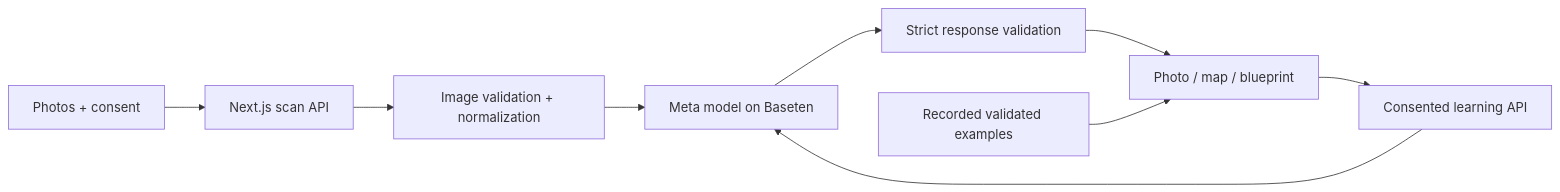
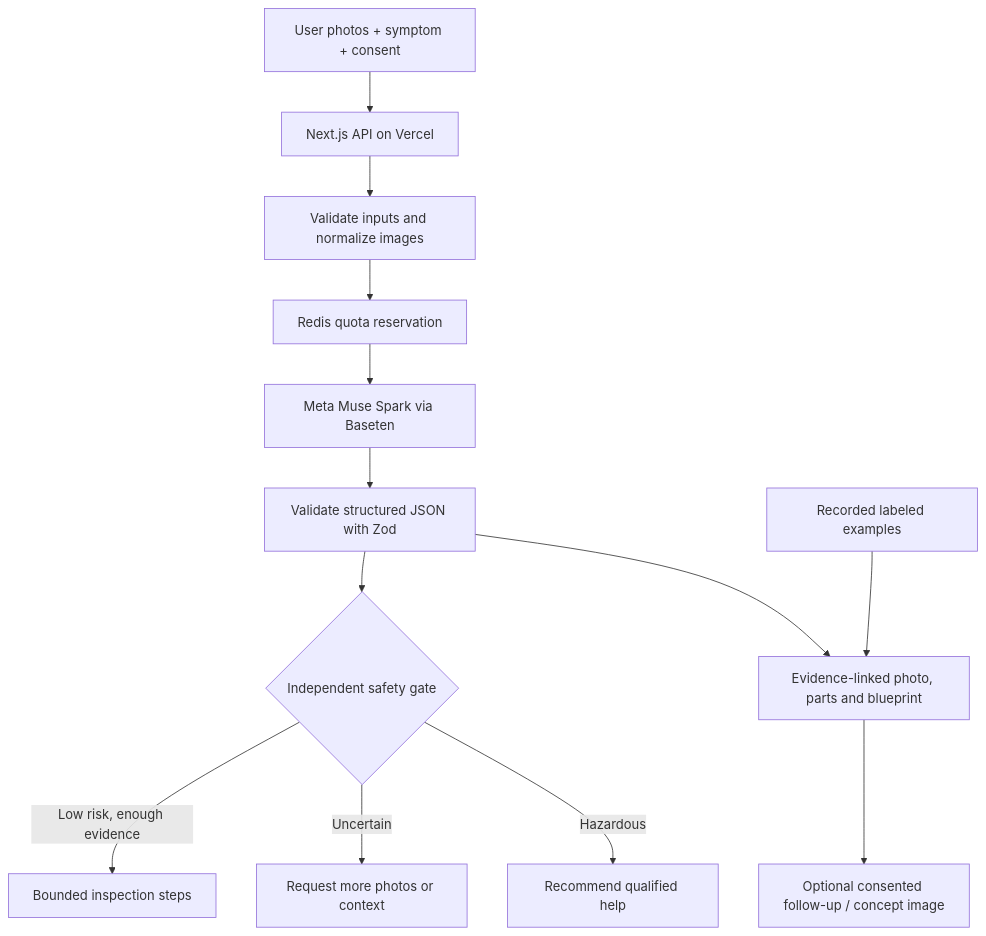
Before and after one commit to sameerahmad86232/Realitylab: the diagram in README.md, drawn with Mermaid. The commit also changed other lines of this file and 6 other files, not shown here.

````diff
--- a/README.md
+++ b/README.md
@@ -45,11 +44,15 @@
 ```mermaid
-flowchart LR
- A[Photos + consent] --> B[Next.js scan API]
- B --> C[Image validation + normalization]
- C --> D[Meta model on Baseten]
- D --> E[Strict response validation]
- E --> F[Photo / map / blueprint]
- F --> G[Consented learning API]
- G --> D
- H[Recorded validated examples] --> F
+flowchart TD
+  A[User photos + symptom + consent] --> B[Next.js API on Vercel]
+  B --> C[Validate inputs and normalize images]
+  C --> D[Redis quota reservation]
+  D --> E[Meta Muse Spark via Baseten]
+  E --> F[Validate structured JSON with Zod]
+  F --> G{Independent safety gate}
+  G -->|Low risk, enough evidence| H[Bounded inspection steps]
+  G -->|Uncertain| I[Request more photos or context]
+  G -->|Hazardous| J[Recommend qualified help]
+  F --> K[Evidence-linked photo, parts and blueprint]
+  K --> L[Optional consented follow-up / concept image]
+  M[Recorded labeled examples] --> K
 ```
````
